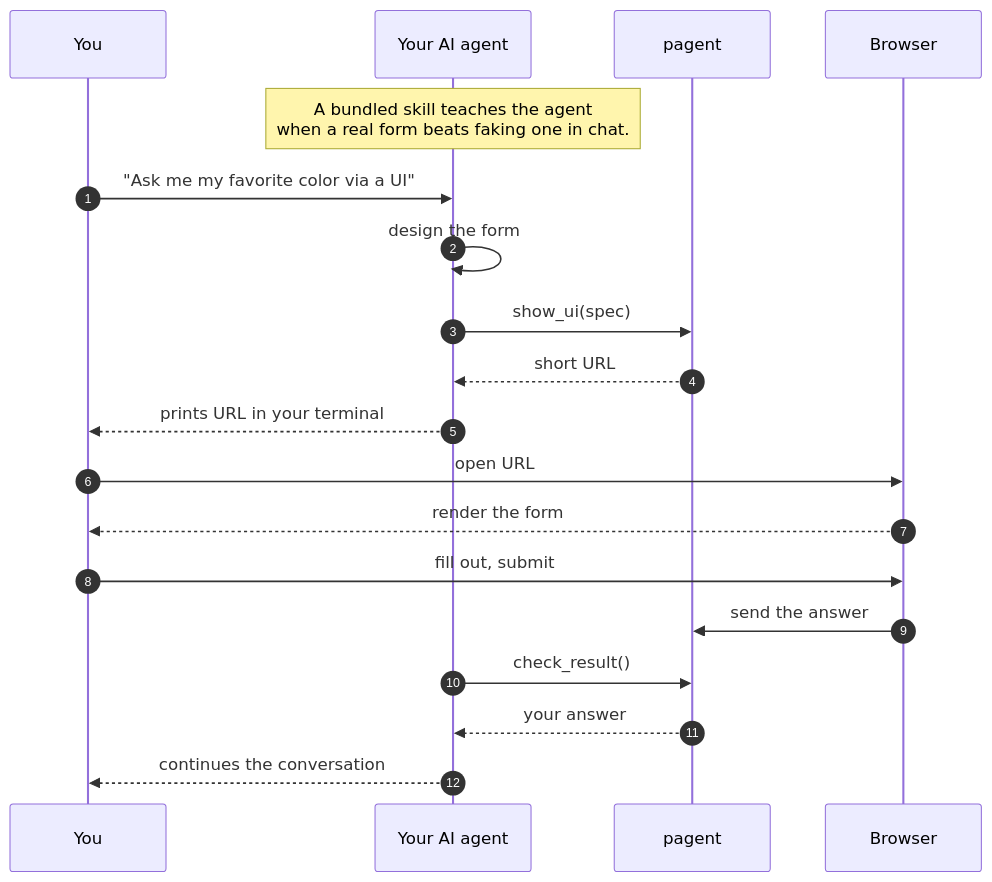
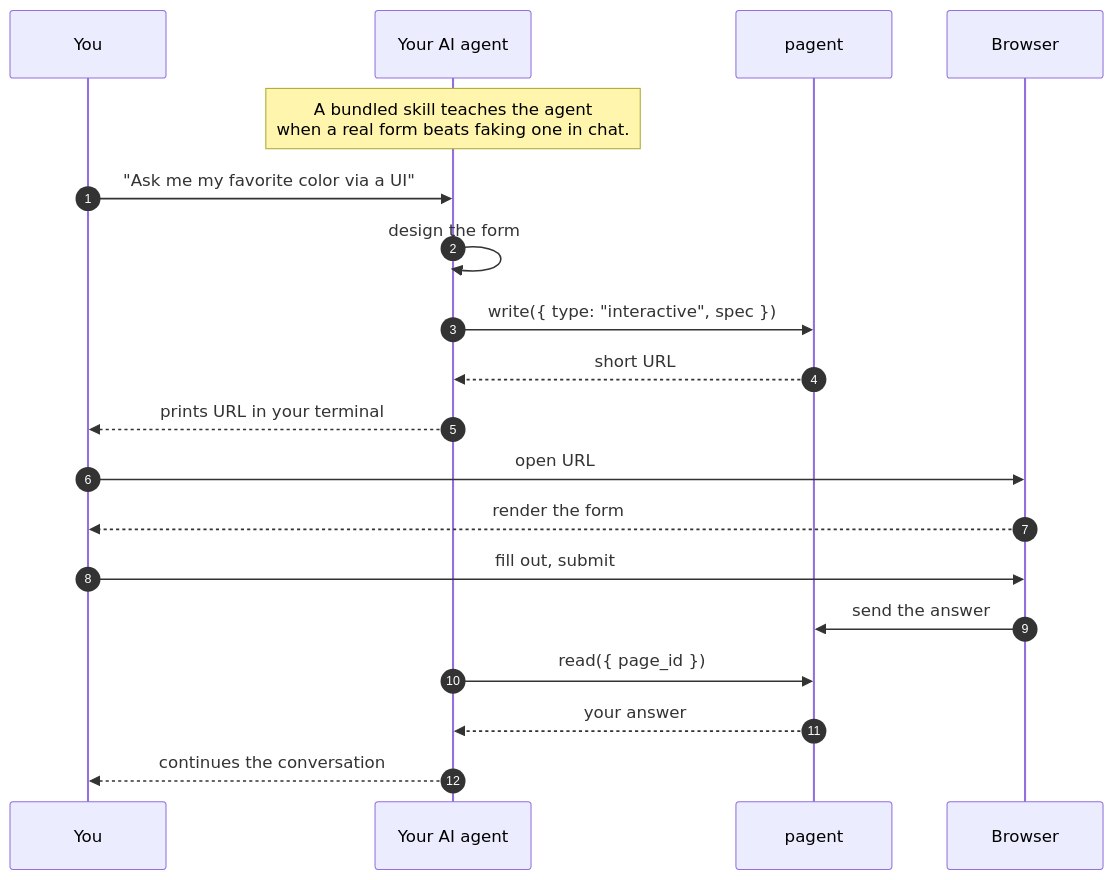
The diagram in README.md (blockful/pagent), drawn with Mermaid before and after one commit. The commit also changed other lines of this file and 120 other files, not shown here.

````diff
--- a/README.md
+++ b/README.md
@@ -16,22 +22,22 @@
 ```mermaid
 sequenceDiagram
     autonumber
     participant U as You
     participant A as Your AI agent
     participant S as pagent
     participant B as Browser
 
     Note over A: A bundled skill teaches the agent <br/>when a real form beats faking one in chat.
     U->>A: "Ask me my favorite color via a UI"
     A->>A: design the form
-    A->>S: show_ui(spec)
+    A->>S: write({ type: "interactive", spec })
     S-->>A: short URL
     A-->>U: prints URL in your terminal
     U->>B: open URL
     B-->>U: render the form
     U->>B: fill out, submit
     B->>S: send the answer
-    A->>S: check_result()
+    A->>S: read({ page_id })
     S-->>A: your answer
     A-->>U: continues the conversation
 ```
````
